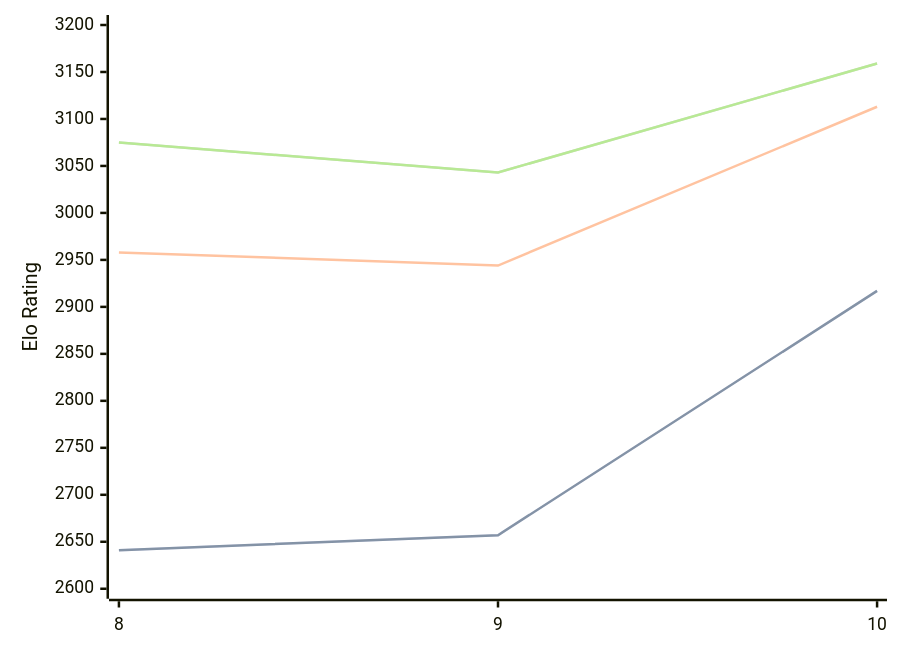
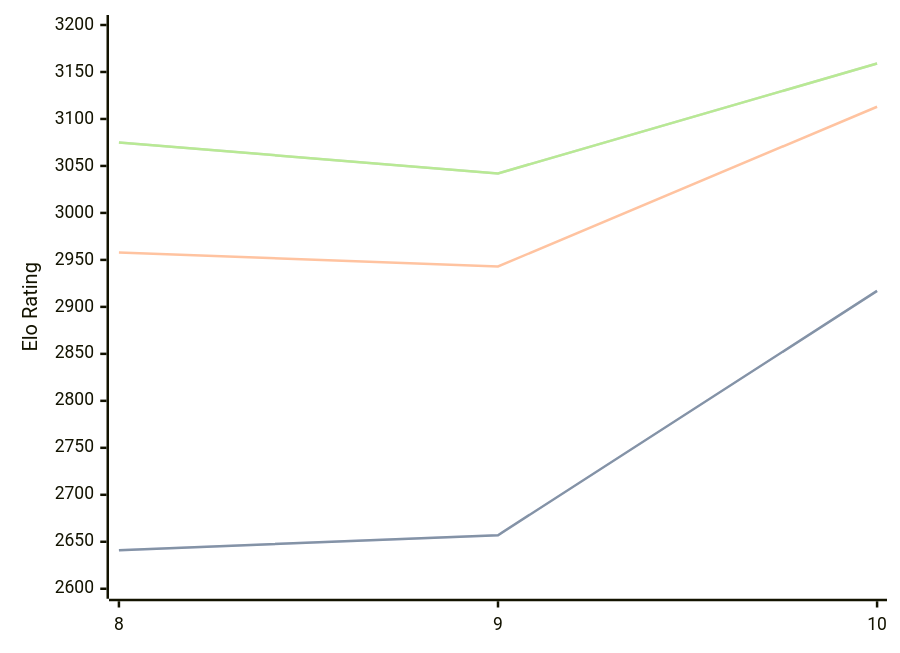
The diagram in engines/Lozza.md (computer-chess-index/cci), drawn with Mermaid before and after one commit. The commit also changed other lines of this file, not shown here.

Commit message:
Update CCI Ratings (ELO VLTC) - 2026-03-09

````diff
--- a/engines/Lozza.md
+++ b/engines/Lozza.md
@@ -39,11 +39,11 @@
 ```mermaid
 %%{init: {"theme":"base","themeVariables":{"seriesColors:['#a3a3a3','#222221','#faa371']}}}%%
 xychart-beta
   x-axis ["8", "9", "10"]
   y-axis "Elo Rating" 2600 --> 3200
   line "STC (8.0+0.08s)" [2641, 2657, 2917]
   line "STC (8.0+0.08s)" [2641, 2657, 2917]
-  line "LTC (60.0+0.60s)" [2958, 2944, 3113]
-  line "VLTC (2m24s+1.12s)" [3075, 3043, 3159]
-  line "VLTC (2m24s+1.12s)" [3075, 3043, 3159]
+  line "LTC (60.0+0.60s)" [2958, 2943, 3113]
+  line "VLTC (2m24s+1.12s)" [3075, 3042, 3159]
+  line "VLTC (2m24s+1.12s)" [3075, 3042, 3159]
 ```
````
